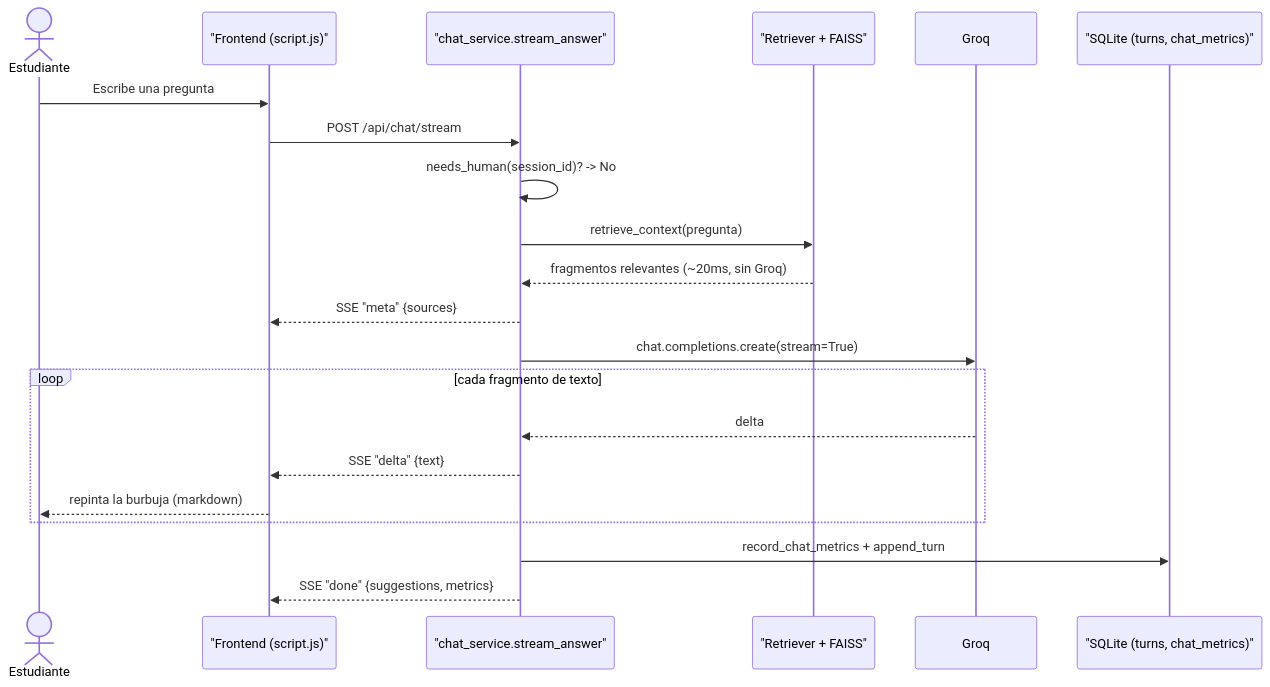
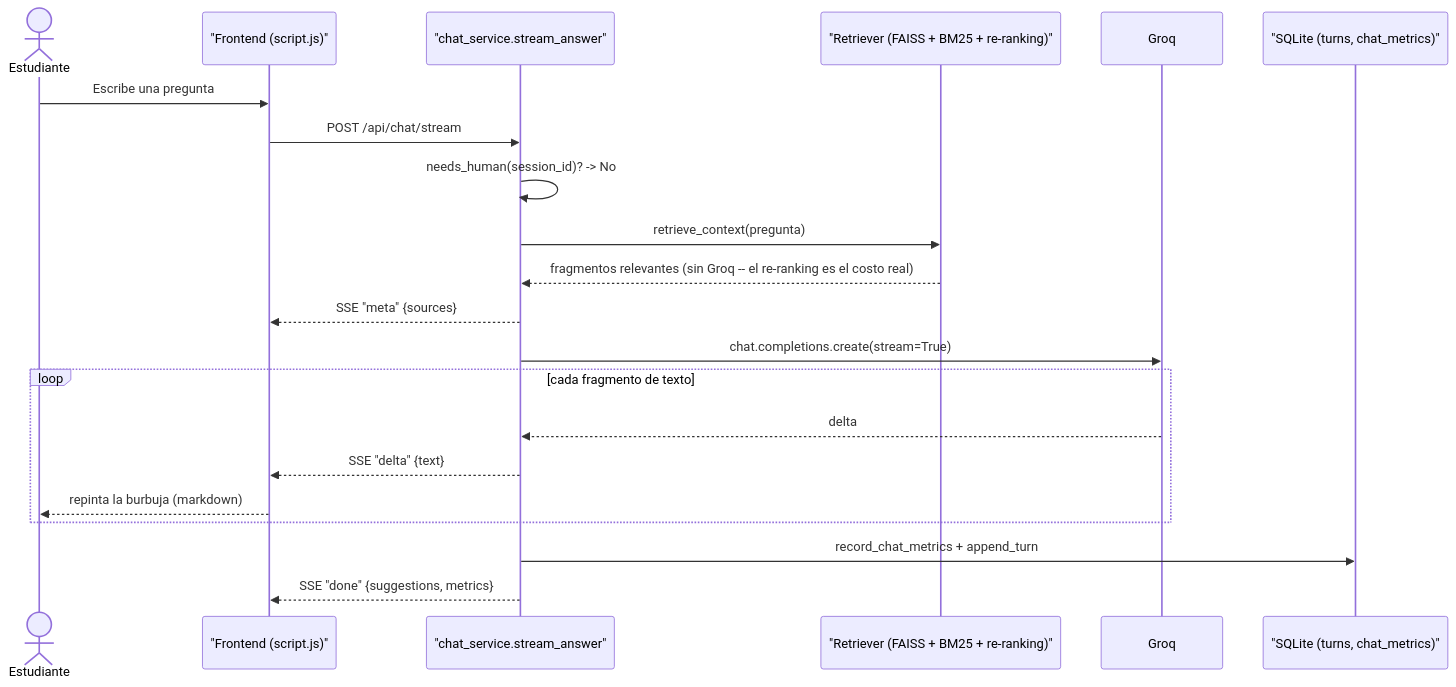
Before and after one commit to DaniWapp/chatbot: the first of 9 diagrams in docs/diagramas-de-secuencia.md, drawn with Mermaid. The commit also changed other lines of this file and 8 other files, not shown here.

````diff
--- a/docs/diagramas-de-secuencia.md
+++ b/docs/diagramas-de-secuencia.md
@@ -33,24 +35,24 @@
 ```mermaid
 sequenceDiagram
     actor Estudiante
     participant FE as "Frontend (script.js)"
     participant API as "chat_service.stream_answer"
-    participant RAG as "Retriever + FAISS"
+    participant RAG as "Retriever (FAISS + BM25 + re-ranking)"
     participant Groq
     participant DB as "SQLite (turns, chat_metrics)"
 
     Estudiante->>FE: Escribe una pregunta
     FE->>API: POST /api/chat/stream
     API->>API: needs_human(session_id)? -> No
     API->>RAG: retrieve_context(pregunta)
-    RAG-->>API: fragmentos relevantes (~20ms, sin Groq)
+    RAG-->>API: fragmentos relevantes (sin Groq -- el re-ranking es el costo real)
     API-->>FE: SSE "meta" {sources}
     API->>Groq: chat.completions.create(stream=True)
     loop cada fragmento de texto
         Groq-->>API: delta
         API-->>FE: SSE "delta" {text}
         FE-->>Estudiante: repinta la burbuja (markdown)
     end
     API->>DB: record_chat_metrics + append_turn
     API-->>FE: SSE "done" {suggestions, metrics}
 ```
````
